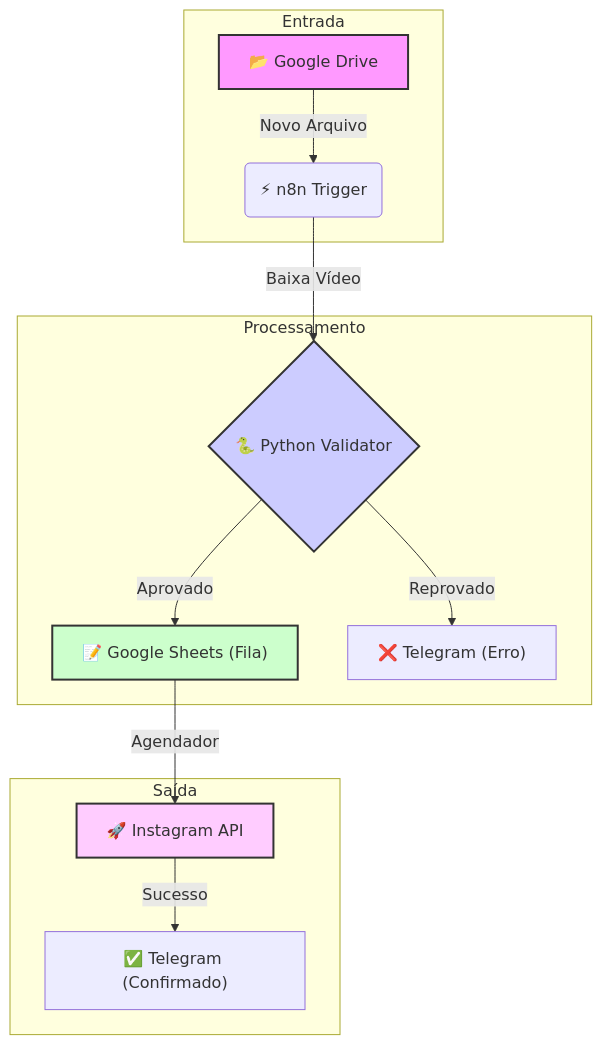
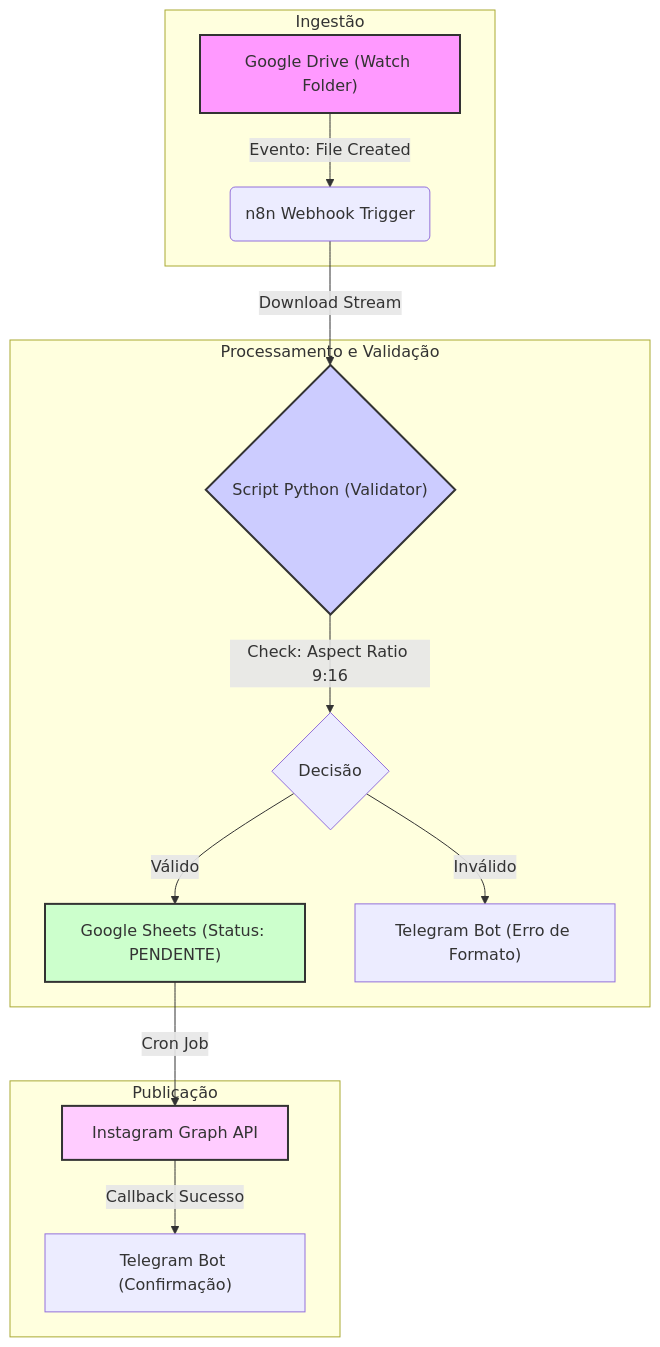
The diagram in README.md (Pedrodomingos1/Gestor_Uploads_Inteligente), drawn with Mermaid before and after one commit. The commit also changed other lines of this file, not shown here.

````diff
--- a/README.md
+++ b/README.md
@@ -43,22 +31,23 @@
 ```mermaid
 graph TD
-    subgraph Entrada
-    A["📂 Google Drive"] -->|Novo Arquivo| B("⚡ n8n Trigger")
+    subgraph Ingestão
+    A["Google Drive (Watch Folder)"] -->|Evento: File Created| B("n8n Webhook Trigger")
     end
 
-    subgraph Processamento
-    B -->|Baixa Vídeo| C{"🐍 Python Validator"}
-    C -->|Aprovado| D["📝 Google Sheets (Fila)"]
-    C -->|Reprovado| E["❌ Telegram (Erro)"]
+    subgraph Processamento e Validação
+    B -->|Download Stream| C{"Script Python (Validator)"}
+    C -->|Check: Aspect Ratio 9:16| D{"Decisão"}
+    D -->|Válido| E["Google Sheets (Status: PENDENTE)"]
+    D -->|Inválido| F["Telegram Bot (Erro de Formato)"]
     end
 
-    subgraph Saída
-    D -->|Agendador| F["🚀 Instagram API"]
-    F -->|Sucesso| G["✅ Telegram (Confirmado)"]
+    subgraph Publicação
+    E -->|Cron Job| G["Instagram Graph API"]
+    G -->|Callback Sucesso| H["Telegram Bot (Confirmação)"]
     end
 
     style A fill:#f9f,stroke:#333,stroke-width:2px
     style C fill:#ccf,stroke:#333,stroke-width:2px
-    style D fill:#cfc,stroke:#333,stroke-width:2px
-    style F fill:#fcf,stroke:#333,stroke-width:2px
+    style E fill:#cfc,stroke:#333,stroke-width:2px
+    style G fill:#fcf,stroke:#333,stroke-width:2px
 ```
````
